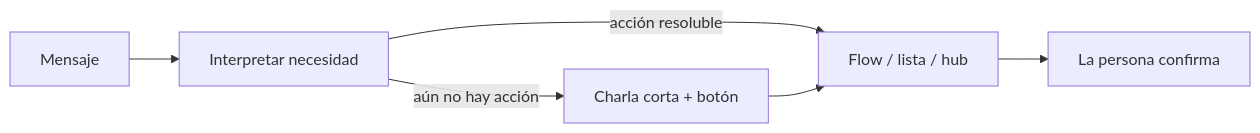
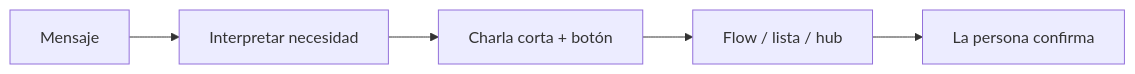
The third of 3 diagrams in web/docs/producto/asistente-y-chat.md (luischanferoni/bioenlace), drawn with Mermaid before and after one commit. The commit also changed other lines of this file and 13 other files, not shown here.

````diff
--- a/web/docs/producto/asistente-y-chat.md
+++ b/web/docs/producto/asistente-y-chat.md
@@ -86,11 +86,10 @@
 ```mermaid
 flowchart LR
   M[Mensaje]
   I[Interpretar necesidad]
   F[Flow / lista / hub]
   U[La persona confirma]
   C[Charla corta + botón]
   M --> I
-  I -->|acción resoluble| F --> U
-  I -->|aún no hay acción| C --> F
+  I --> C --> F --> U
 ```
````
